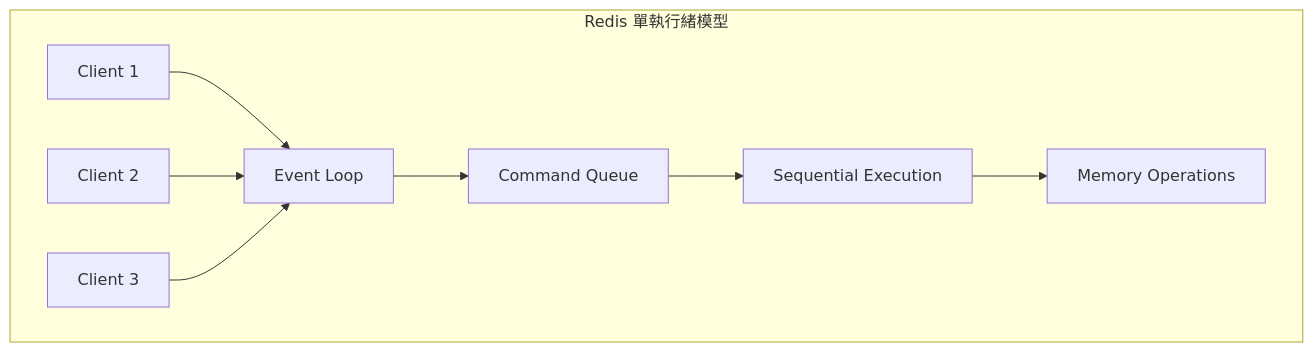
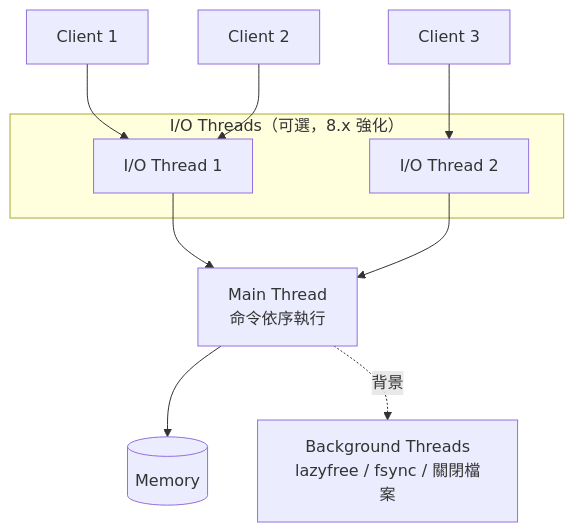
Before and after one commit to chihhung/Blog: the second of 30 diagrams in content/posts/教學/工具/Redis教學手冊.md, drawn with Mermaid. The commit also changed other lines of this file and 10 other files, not shown here.

````diff
--- a/content/posts/教學/工具/Redis教學手冊.md
+++ b/content/posts/教學/工具/Redis教學手冊.md
@@ -156,11 +286,14 @@
 ```mermaid
 flowchart TB
-    subgraph "Redis 單執行緒模型"
-        A[Client 1] --> E[Event Loop]
-        B[Client 2] --> E
-        C[Client 3] --> E
-        E --> F[Command Queue]
-        F --> G[Sequential Execution]
-        G --> H[Memory Operations]
+    subgraph IO["I/O Threads（可選，8.x 強化）"]
+        T1[I/O Thread 1]
+        T2[I/O Thread 2]
     end
+    C1[Client 1] --> T1
+    C2[Client 2] --> T1
+    C3[Client 3] --> T2
+    T1 --> M[Main Thread<br/>命令依序執行]
+    T2 --> M
+    M --> MEM[(Memory)]
+    M -.->|背景| BG[Background Threads<br/>lazyfree / fsync / 關閉檔案]
 ```
````
